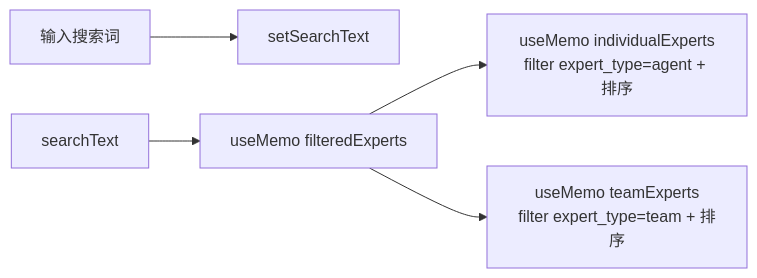
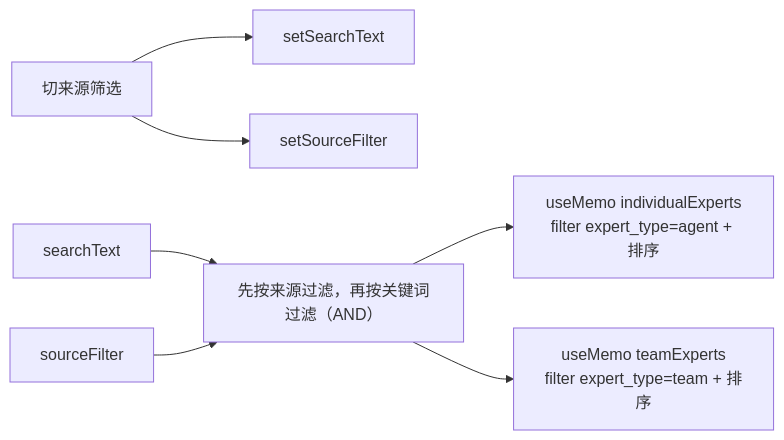
Before and after one commit to weibaohui/ntd: the first of 4 diagrams in frontend/src/help/pages/experts-search.md, drawn with Mermaid. The commit also changed other lines of this file and 7 other files, not shown here.

````diff
--- a/frontend/src/help/pages/experts-search.md
+++ b/frontend/src/help/pages/experts-search.md
@@ -8,7 +8,9 @@
 ```mermaid
 flowchart LR
   User["输入搜索词"] --> setSearchText["setSearchText"]
+  User["切来源筛选"] --> setSourceFilter["setSourceFilter"]
   searchText --> filteredExperts["useMemo filteredExperts"]
+  sourceFilter --> filteredExperts["先按来源过滤，再按关键词过滤（AND）"]
   filteredExperts --> individualExperts["useMemo individualExperts<br>filter expert_type=agent + 排序"]
   filteredExperts --> teamExperts["useMemo teamExperts<br>filter expert_type=team + 排序"]
 ```
````
